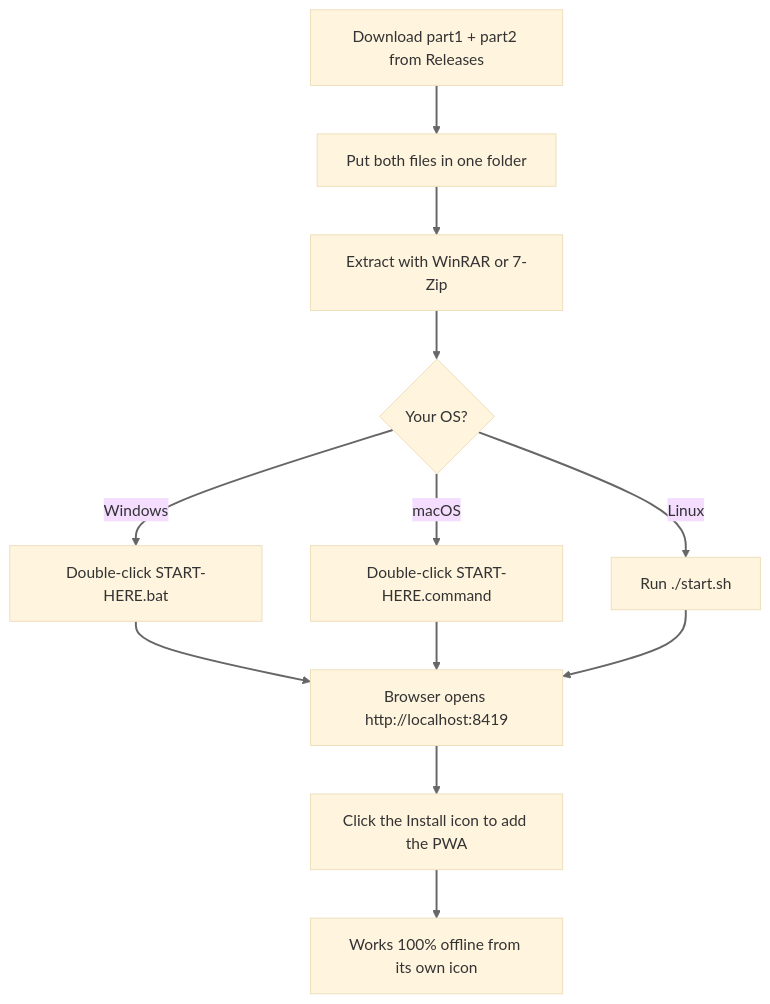
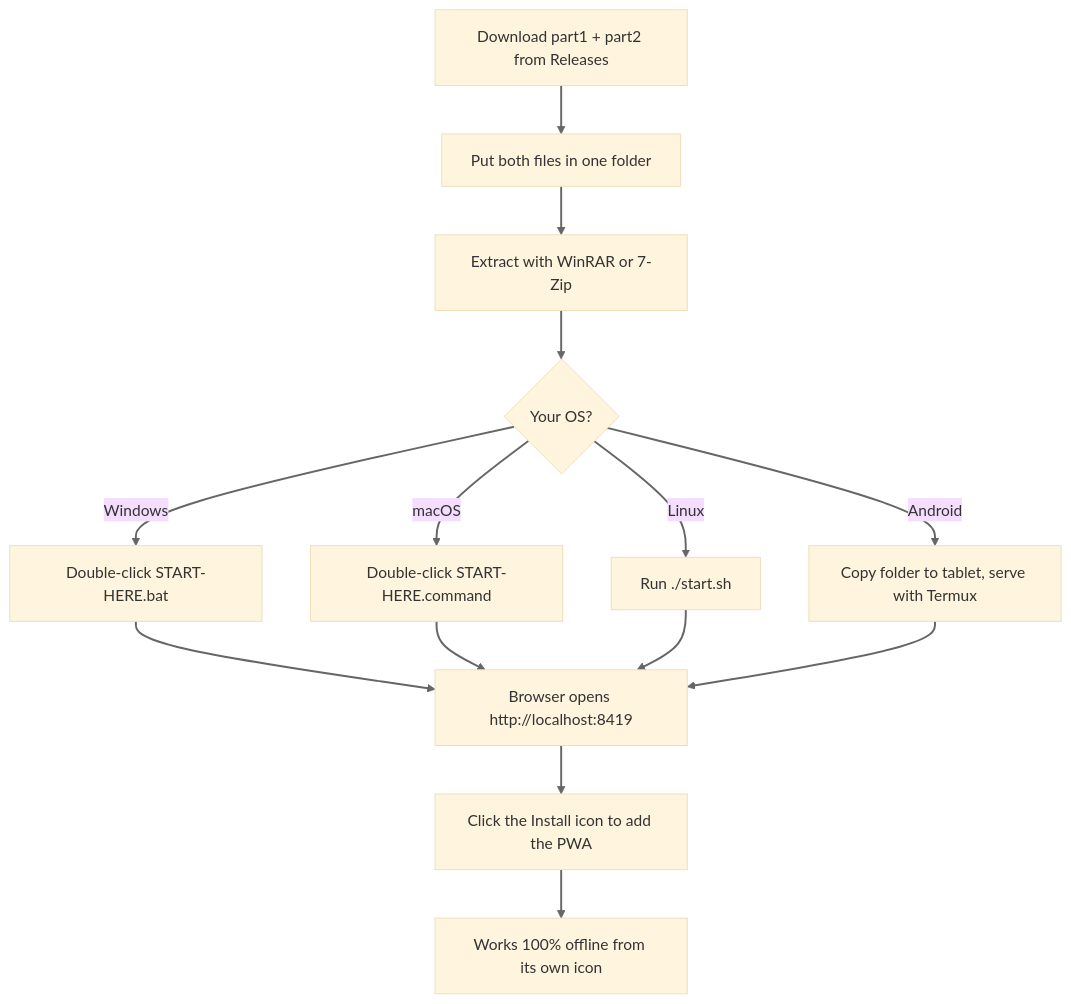
Before and after one commit to DeployModeIO/integritywatch-field: the fourth of 4 diagrams in README.md, drawn with Mermaid (base theme). The commit also changed other lines of this file, not shown here.

Commit message:
docs(readme): direct download links, Android/tablet install guide, android branch in install diagram

````diff
--- a/README.md
+++ b/README.md
@@ -264,15 +264,17 @@
 ```mermaid
 flowchart TD
     A[Download part1 + part2 from Releases] --> B[Put both files in one folder]
     B --> C[Extract with WinRAR or 7-Zip]
     C --> D{Your OS?}
     D -->|Windows| E[Double-click START-HERE.bat]
     D -->|macOS| F[Double-click START-HERE.command]
     D -->|Linux| G[Run ./start.sh]
+    D -->|Android| K[Copy folder to tablet, serve with Termux]
     E --> H[Browser opens http://localhost:8419]
     F --> H
     G --> H
+    K --> H
     H --> I[Click the Install icon to add the PWA]
     I --> J[Works 100% offline from its own icon]
     linkStyle default stroke-width:2px,fill:none,stroke:#666
 ```
````
